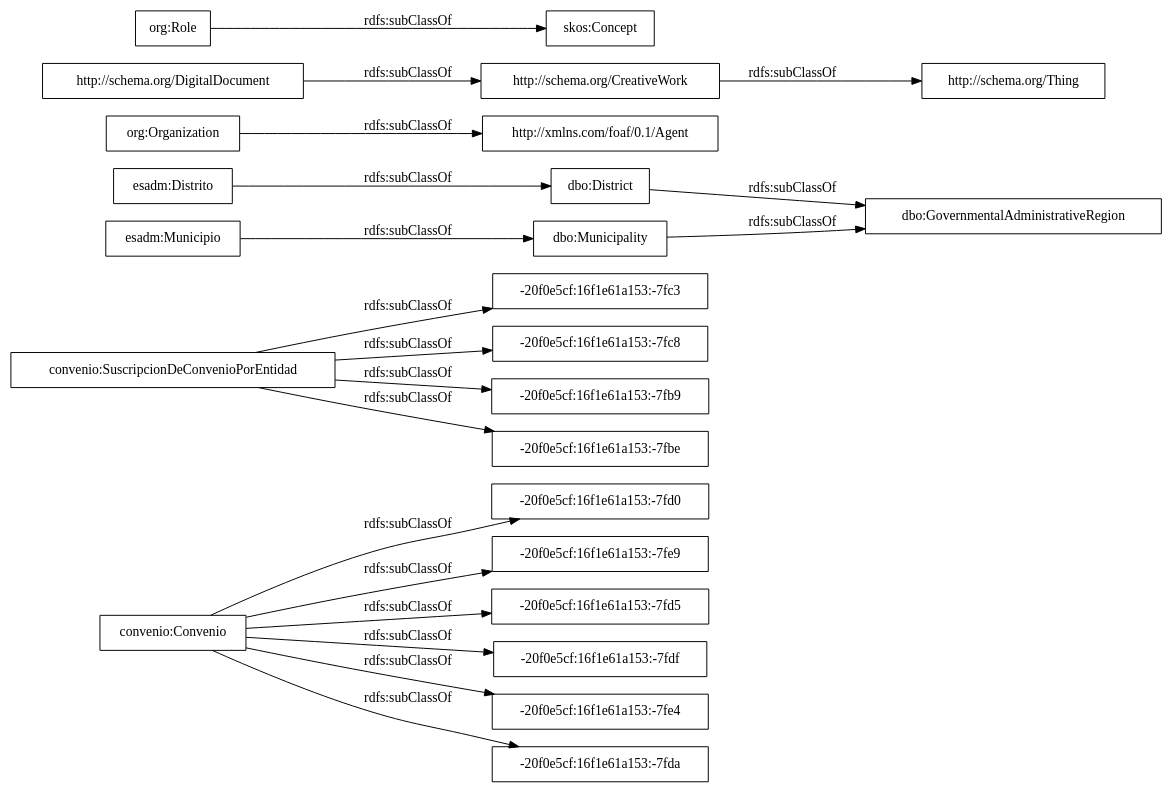
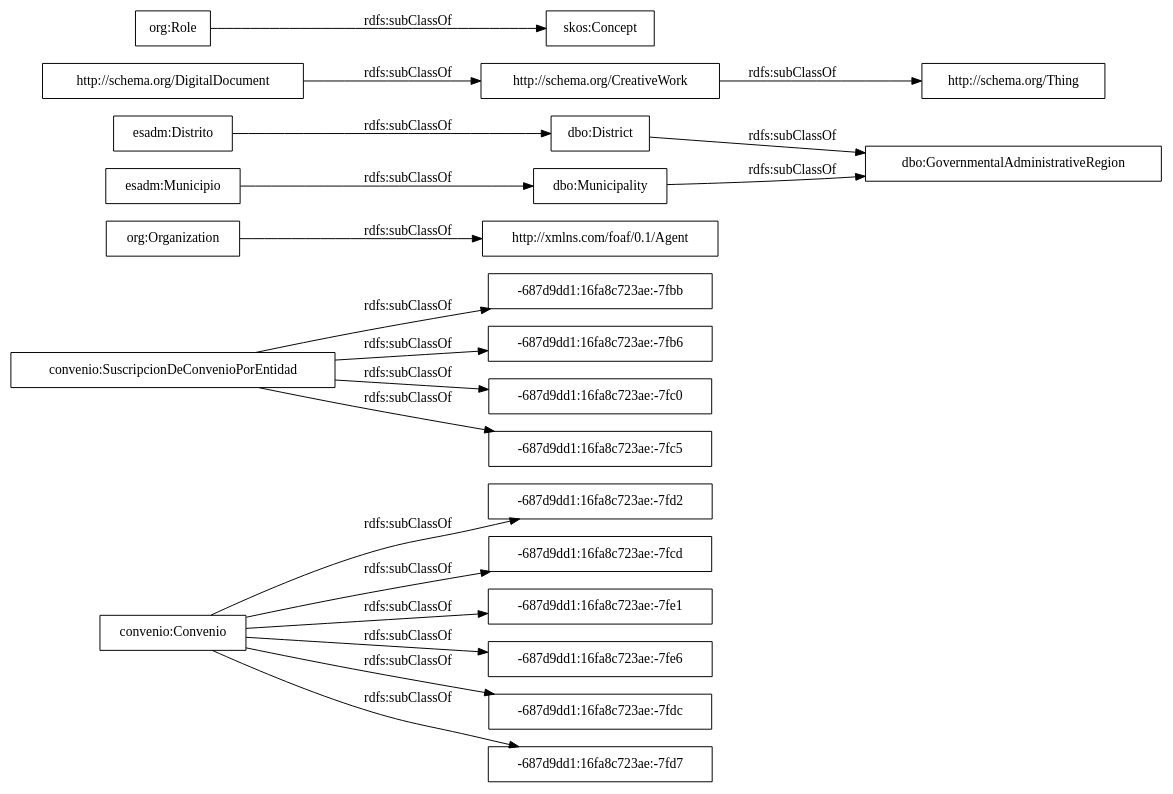
The diagram in OnToology/ontology/convenio.owl/diagrams/ar2dtool-taxonomy/convenio.owl.png.dot (opencitydata/sector-publico-convenio-old), drawn with Graphviz before and after one commit. The commit also changed 12 other files, not shown here.

```diff
--- a/OnToology/ontology/convenio.owl/diagrams/ar2dtool-taxonomy/convenio.owl.png.dot
+++ b/OnToology/ontology/convenio.owl/diagrams/ar2dtool-taxonomy/convenio.owl.png.dot
@@ -1,24 +1,24 @@
 digraph ar2dtool_diagram { 
 rankdir=LR;
 size="1000"
-node [shape = rectangle, color="black"]; "convenio:Convenio" "-20f0e5cf:16f1e61a153:-7fd0" "-20f0e5cf:16f1e61a153:-7fc3" "-20f0e5cf:16f1e61a153:-7fe9" "dbo:GovernmentalAdministrativeRegion" "-20f0e5cf:16f1e61a153:-7fc8" "http://xmlns.com/foaf/0.1/Agent" "http://schema.org/CreativeWork" "-20f0e5cf:16f1e61a153:-7fd5" "-20f0e5cf:16f1e61a153:-7fb9" "dbo:District" "-20f0e5cf:16f1e61a153:-7fbe" "convenio:SuscripcionDeConvenioPorEntidad" "http://schema.org/DigitalDocument" "http://schema.org/Thing" "esadm:Distrito" "dbo:Municipality" "-20f0e5cf:16f1e61a153:-7fdf" "-20f0e5cf:16f1e61a153:-7fe4" "skos:Concept" "esadm:Municipio" "org:Organization" "org:Role" "-20f0e5cf:16f1e61a153:-7fda" ; /*classes style*/
-	"convenio:Convenio" -> "-20f0e5cf:16f1e61a153:-7fdf" [ label = "rdfs:subClassOf" ];
-	"convenio:Convenio" -> "-20f0e5cf:16f1e61a153:-7fd5" [ label = "rdfs:subClassOf" ];
-	"convenio:Convenio" -> "-20f0e5cf:16f1e61a153:-7fda" [ label = "rdfs:subClassOf" ];
-	"convenio:Convenio" -> "-20f0e5cf:16f1e61a153:-7fd0" [ label = "rdfs:subClassOf" ];
-	"convenio:Convenio" -> "-20f0e5cf:16f1e61a153:-7fe4" [ label = "rdfs:subClassOf" ];
-	"convenio:Convenio" -> "-20f0e5cf:16f1e61a153:-7fe9" [ label = "rdfs:subClassOf" ];
+node [shape = rectangle, color="black"]; "convenio:Convenio" "-687d9dd1:16fa8c723ae:-7fbb" "-687d9dd1:16fa8c723ae:-7fd2" "http://xmlns.com/foaf/0.1/Agent" "dbo:GovernmentalAdministrativeRegion" "-687d9dd1:16fa8c723ae:-7fcd" "-687d9dd1:16fa8c723ae:-7fe1" "http://schema.org/CreativeWork" "-687d9dd1:16fa8c723ae:-7fb6" "dbo:District" "-687d9dd1:16fa8c723ae:-7fe6" "-687d9dd1:16fa8c723ae:-7fc0" "-687d9dd1:16fa8c723ae:-7fdc" "convenio:SuscripcionDeConvenioPorEntidad" "http://schema.org/DigitalDocument" "http://schema.org/Thing" "esadm:Distrito" "dbo:Municipality" "skos:Concept" "esadm:Municipio" "org:Role" "org:Organization" "-687d9dd1:16fa8c723ae:-7fc5" "-687d9dd1:16fa8c723ae:-7fd7" ; /*classes style*/
+	"convenio:Convenio" -> "-687d9dd1:16fa8c723ae:-7fdc" [ label = "rdfs:subClassOf" ];
+	"convenio:Convenio" -> "-687d9dd1:16fa8c723ae:-7fe1" [ label = "rdfs:subClassOf" ];
+	"convenio:Convenio" -> "-687d9dd1:16fa8c723ae:-7fd7" [ label = "rdfs:subClassOf" ];
+	"convenio:Convenio" -> "-687d9dd1:16fa8c723ae:-7fcd" [ label = "rdfs:subClassOf" ];
+	"convenio:Convenio" -> "-687d9dd1:16fa8c723ae:-7fd2" [ label = "rdfs:subClassOf" ];
+	"convenio:Convenio" -> "-687d9dd1:16fa8c723ae:-7fe6" [ label = "rdfs:subClassOf" ];
 	"org:Organization" -> "http://xmlns.com/foaf/0.1/Agent" [ label = "rdfs:subClassOf" ];
 	"http://schema.org/CreativeWork" -> "http://schema.org/Thing" [ label = "rdfs:subClassOf" ];
 	"org:Role" -> "skos:Concept" [ label = "rdfs:subClassOf" ];
-	"convenio:SuscripcionDeConvenioPorEntidad" -> "-20f0e5cf:16f1e61a153:-7fbe" [ label = "rdfs:subClassOf" ];
-	"convenio:SuscripcionDeConvenioPorEntidad" -> "-20f0e5cf:16f1e61a153:-7fc8" [ label = "rdfs:subClassOf" ];
-	"convenio:SuscripcionDeConvenioPorEntidad" -> "-20f0e5cf:16f1e61a153:-7fc3" [ label = "rdfs:subClassOf" ];
-	"convenio:SuscripcionDeConvenioPorEntidad" -> "-20f0e5cf:16f1e61a153:-7fb9" [ label = "rdfs:subClassOf" ];
+	"convenio:SuscripcionDeConvenioPorEntidad" -> "-687d9dd1:16fa8c723ae:-7fc0" [ label = "rdfs:subClassOf" ];
+	"convenio:SuscripcionDeConvenioPorEntidad" -> "-687d9dd1:16fa8c723ae:-7fbb" [ label = "rdfs:subClassOf" ];
+	"convenio:SuscripcionDeConvenioPorEntidad" -> "-687d9dd1:16fa8c723ae:-7fb6" [ label = "rdfs:subClassOf" ];
+	"convenio:SuscripcionDeConvenioPorEntidad" -> "-687d9dd1:16fa8c723ae:-7fc5" [ label = "rdfs:subClassOf" ];
 	"esadm:Distrito" -> "dbo:District" [ label = "rdfs:subClassOf" ];
 	"dbo:Municipality" -> "dbo:GovernmentalAdministrativeRegion" [ label = "rdfs:subClassOf" ];
 	"dbo:District" -> "dbo:GovernmentalAdministrativeRegion" [ label = "rdfs:subClassOf" ];
 	"http://schema.org/DigitalDocument" -> "http://schema.org/CreativeWork" [ label = "rdfs:subClassOf" ];
 	"esadm:Municipio" -> "dbo:Municipality" [ label = "rdfs:subClassOf" ];
 
 }
```
